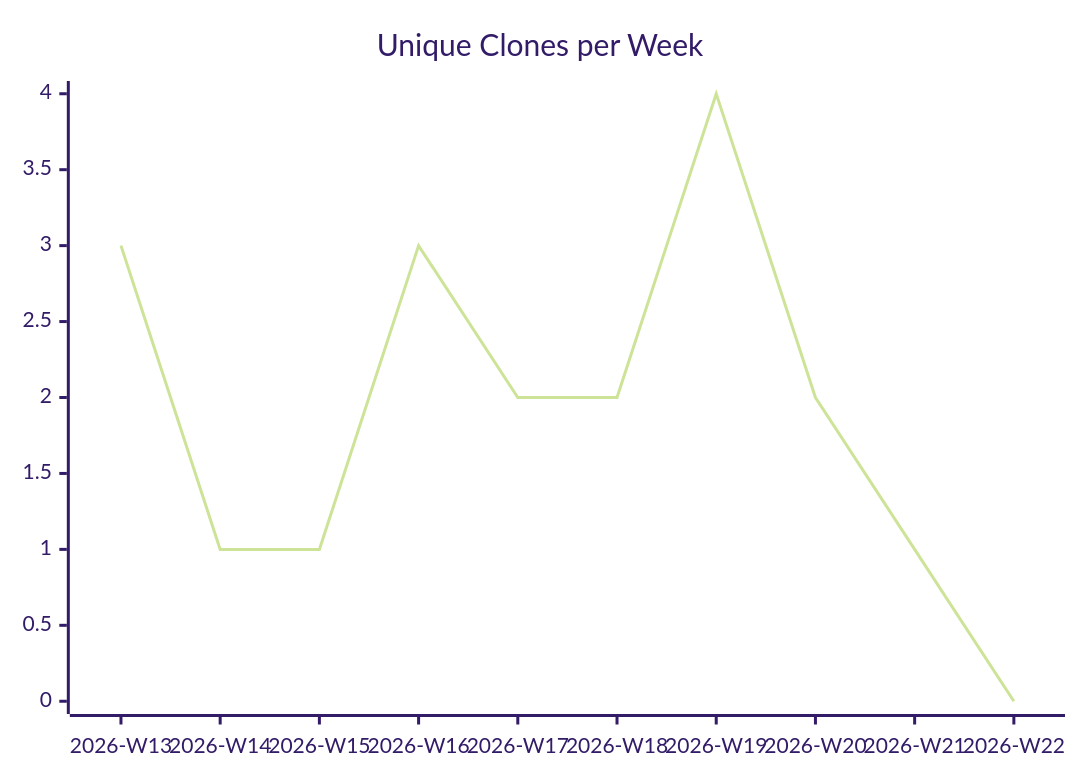
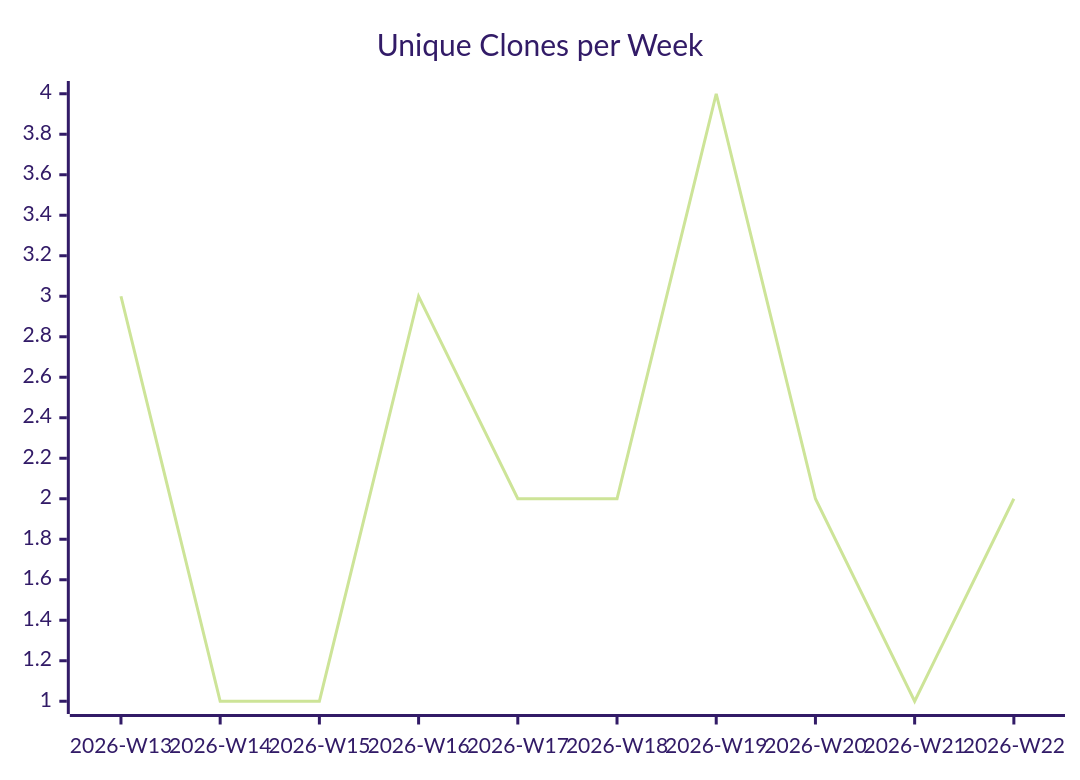
Before and after one commit to justdavis-family/github-analytics-data: the third of 3 diagrams in karlmdavis/perfect-note/README.md, drawn with Mermaid (forest theme). The commit also changed other lines of this file and 189 other files, not shown here.

````diff
--- a/karlmdavis/perfect-note/README.md
+++ b/karlmdavis/perfect-note/README.md
@@ -19,6 +19,6 @@
 ```mermaid
 xychart-beta
   title "Unique Clones per Week"
   x-axis ["2026-W13", "2026-W14", "2026-W15", "2026-W16", "2026-W17", "2026-W18", "2026-W19", "2026-W20", "2026-W21", "2026-W22"]
-  line [3, 1, 1, 3, 2, 2, 4, 2, 1, 0]
+  line [3, 1, 1, 3, 2, 2, 4, 2, 1, 2]
 ```
````
